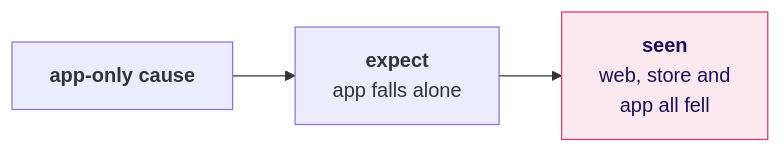
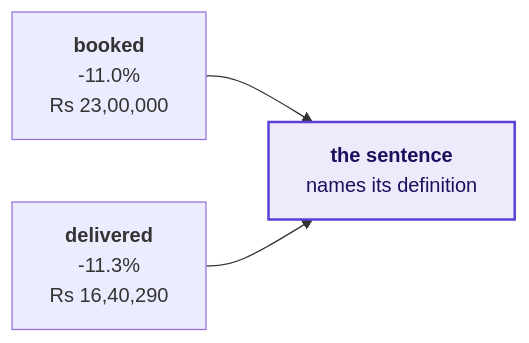
Before and after one commit to fde-academy-lab/c2-content-factory: the ninth of 11 diagrams in content/W01/D2/slides/C2_W01_D02_half2_STUDENT.md, drawn with Mermaid. The commit also changed other lines of this file and 11 other files, not shown here.

````diff
--- a/content/W01/D2/slides/C2_W01_D02_half2_STUDENT.md
+++ b/content/W01/D2/slides/C2_W01_D02_half2_STUDENT.md
@@ -382,7 +363,7 @@
 ```mermaid
 flowchart LR
-    H["<b>app-only cause</b>"] --> E["<b>expect</b><br/>app falls alone"]
-    E --> S["<b>seen</b><br/>web, store and<br/>app all fell"]
-    classDef bad fill:#FBE9EF,stroke:#D63A6A,color:#1A0F5C
-    class S bad
+    B["<b>booked</b><br/>-11.0%<br/>Rs 23,00,000"] --> S["<b>the sentence</b><br/>names its definition"]
+    D["<b>delivered</b><br/>-11.3%<br/>Rs 16,40,290"] --> S
+    classDef known fill:#EEEAFB,stroke:#5B3FD6,color:#1A0F5C,stroke-width:2px
+    class S known
 ```
````
